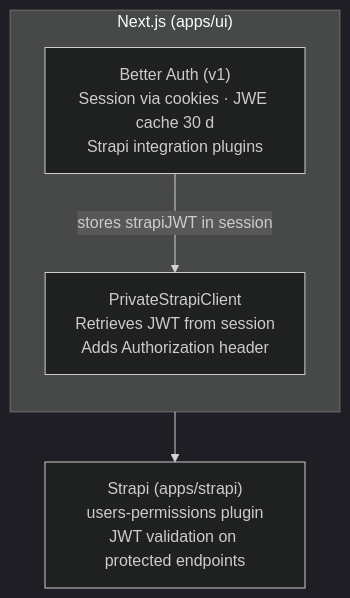
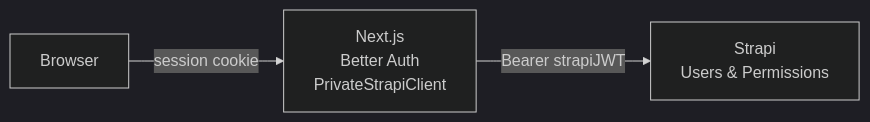
One commit to notum-cz/strapi-next-monorepo-starter changed the first of 2 diagrams in apps/docs/docs/auth/ui/authentication.md. Above: the diagram before and after it, drawn with Mermaid (dark theme). The commit also changed other lines of this file and 44 other files, not shown here.

````diff
--- a/apps/docs/docs/auth/ui/authentication.md
+++ b/apps/docs/docs/auth/ui/authentication.md
@@ -15,13 +15,9 @@
 ```mermaid
-flowchart TB
-  subgraph Next["Next.js (apps/ui)"]
-    direction TB
-    BA["Better Auth (v1)<br/>Session via cookies · JWE cache 30 d<br/>Strapi integration plugins"]
-    PSC["PrivateStrapiClient<br/>Retrieves JWT from session<br/>Adds Authorization header"]
-    BA -- "stores strapiJWT in session" --> PSC
-  end
+flowchart LR
+  Browser["Browser"]
+  Next["Next.js<br/>Better Auth<br/>PrivateStrapiClient"]
+  Strapi["Strapi<br/>Users & Permissions"]
 
-  Strapi["Strapi (apps/strapi)<br/>users-permissions plugin<br/>JWT validation on protected endpoints"]
-
-  PSC --> Strapi
+  Browser -- "session cookie" --> Next
+  Next -- "Bearer strapiJWT" --> Strapi
 ```
````
